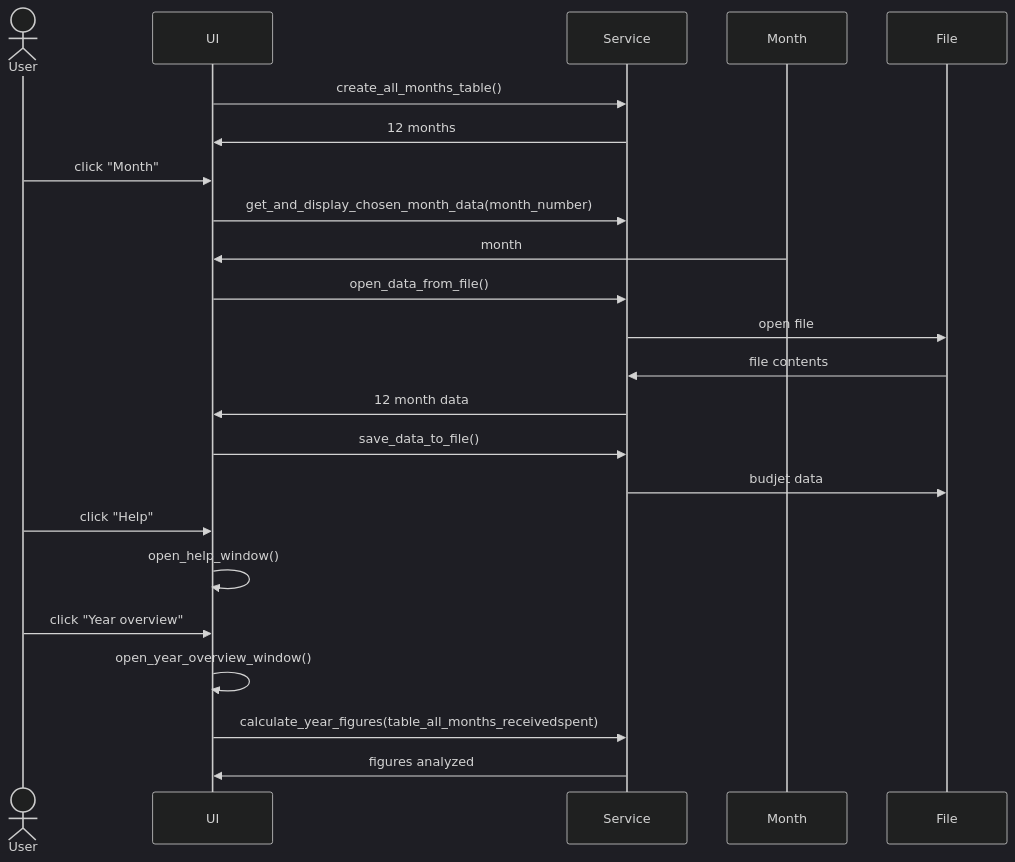
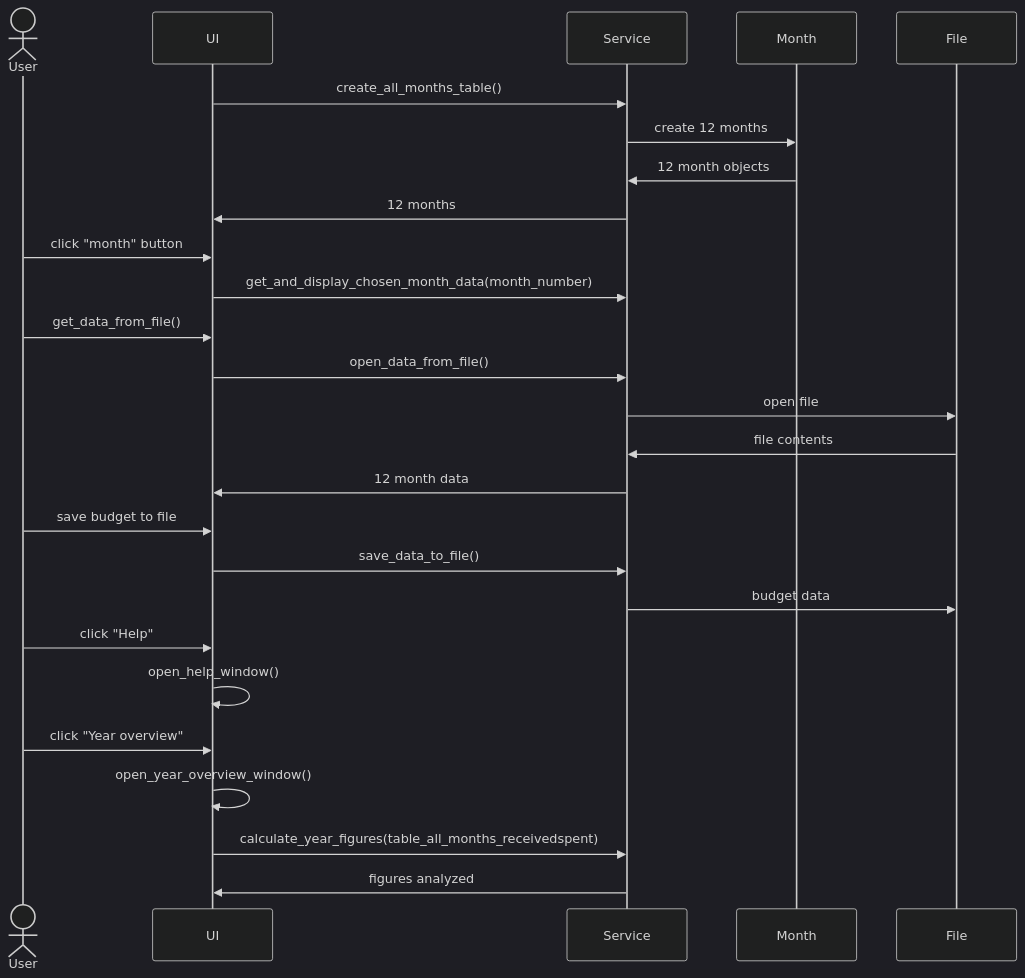
One commit to aarekr/ot-harjoitustyo changed the second of 2 diagrams in EveryEuro/dokumentaatio/arkkitehtuuri.md. Above: the diagram before and after it, drawn with Mermaid (dark theme). The commit also changed other lines of this file and 5 other files, not shown here.

````diff
--- a/EveryEuro/dokumentaatio/arkkitehtuuri.md
+++ b/EveryEuro/dokumentaatio/arkkitehtuuri.md
@@ -54,25 +54,28 @@
 ```mermaid
 sequenceDiagram
   actor User
   participant UI
   participant Service
   participant Month
   participant File
   UI->>Service: create_all_months_table()
+  Service->>Month: create 12 months
+  Month->>Service: 12 month objects
   Service->>UI: 12 months
-  User->>UI: click "Month"
+  User->>UI: click "month" button
   UI->>Service: get_and_display_chosen_month_data(month_number)
-  Month->>UI: month
+  User->>UI: get_data_from_file()
   UI->>Service: open_data_from_file()
   Service->>File: open file
   File->>Service: file contents
   Service->>UI: 12 month data
+  User->>UI: save budget to file
   UI->>Service: save_data_to_file()
-  Service->>File: budjet data
+  Service->>File: budget data
   User->>UI: click "Help"
   UI->>UI: open_help_window()
   User->>UI: click "Year overview"
   UI->>UI: open_year_overview_window()
   UI->>Service: calculate_year_figures(table_all_months_receivedspent)
   Service->>UI: figures analyzed
 ```
````
